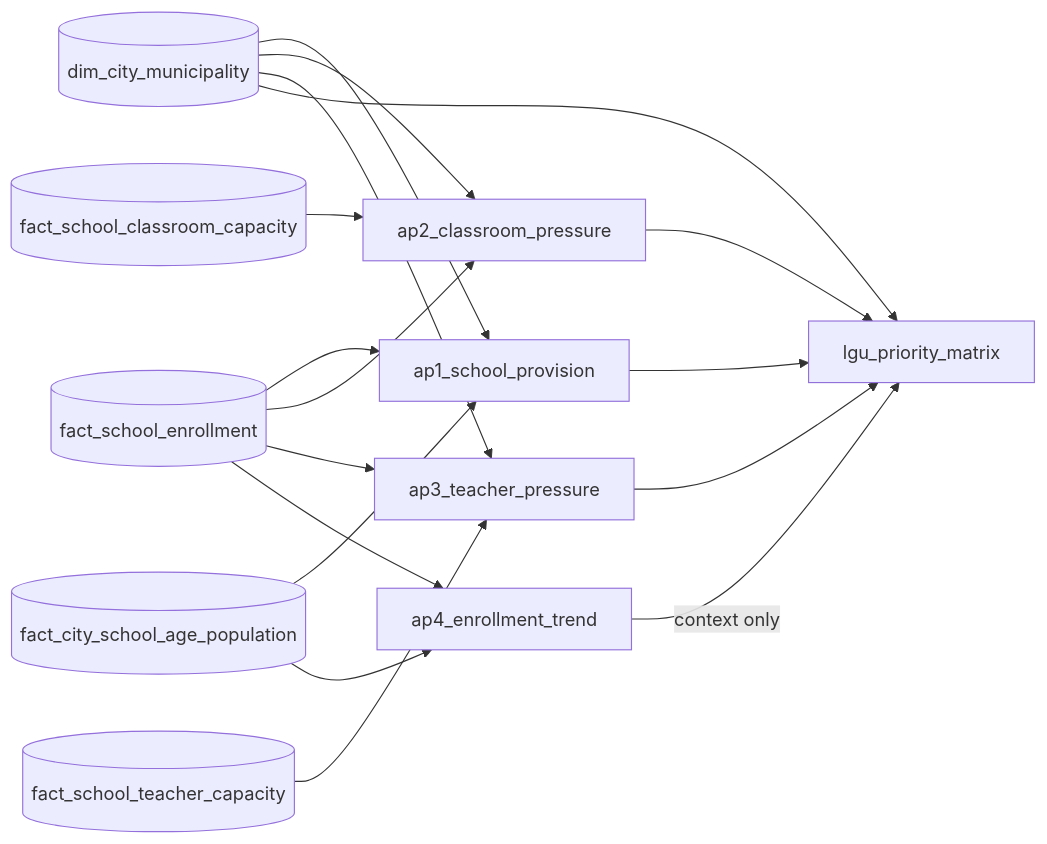
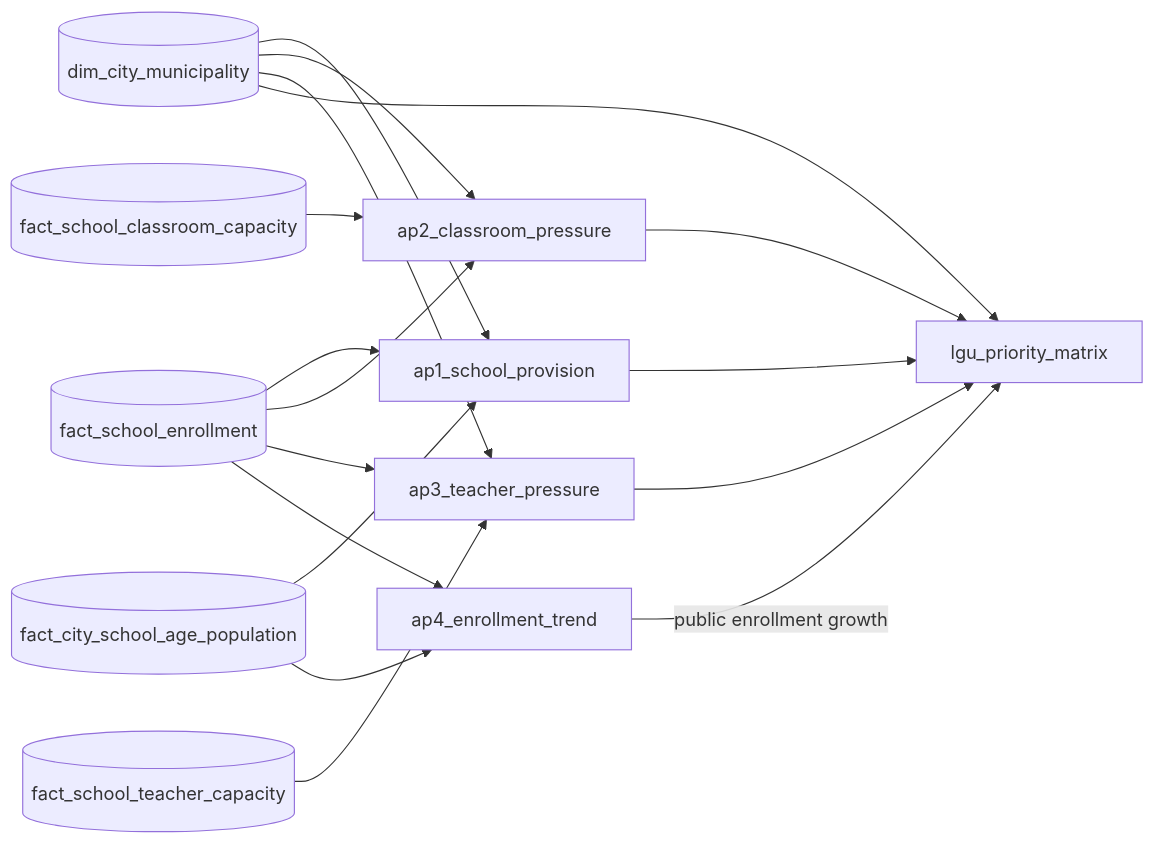
Before and after one commit to reached-hq/edu-access-intelligence: the diagram in etl/06_analytics/README.md, drawn with Mermaid. The commit also changed other lines of this file and 24 other files, not shown here.

````diff
--- a/etl/06_analytics/README.md
+++ b/etl/06_analytics/README.md
@@ -7,12 +7,12 @@
 ```mermaid
 flowchart LR
     enroll[(fact_school_enrollment)] --> ap1 & ap2 & ap3 & ap4
     age[(fact_city_school_age_population)] --> ap1 & ap4
     rooms[(fact_school_classroom_capacity)] --> ap2
     teachers[(fact_school_teacher_capacity)] --> ap3
     city[(dim_city_municipality)] --> ap1 & ap2 & ap3 & matrix
     ap1[ap1_school_provision] --> matrix
     ap2[ap2_classroom_pressure] --> matrix
     ap3[ap3_teacher_pressure] --> matrix
-    ap4[ap4_enrollment_trend] -->|context only| matrix[lgu_priority_matrix]
+    ap4[ap4_enrollment_trend] -->|public enrollment growth| matrix[lgu_priority_matrix]
 ```
````
